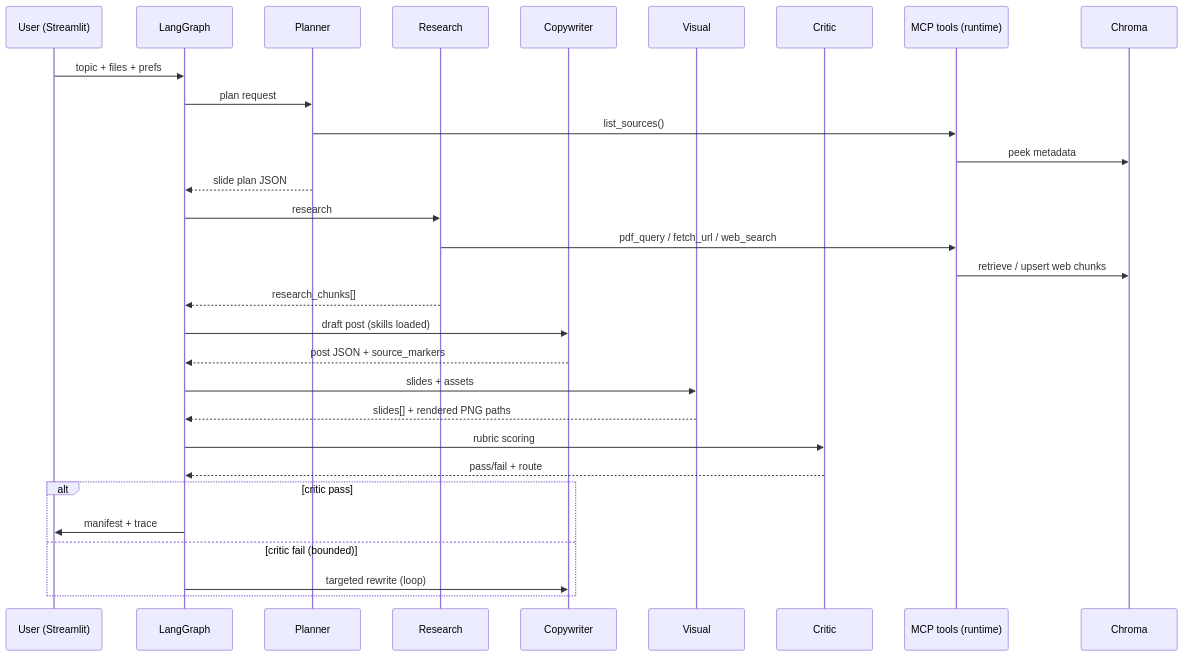
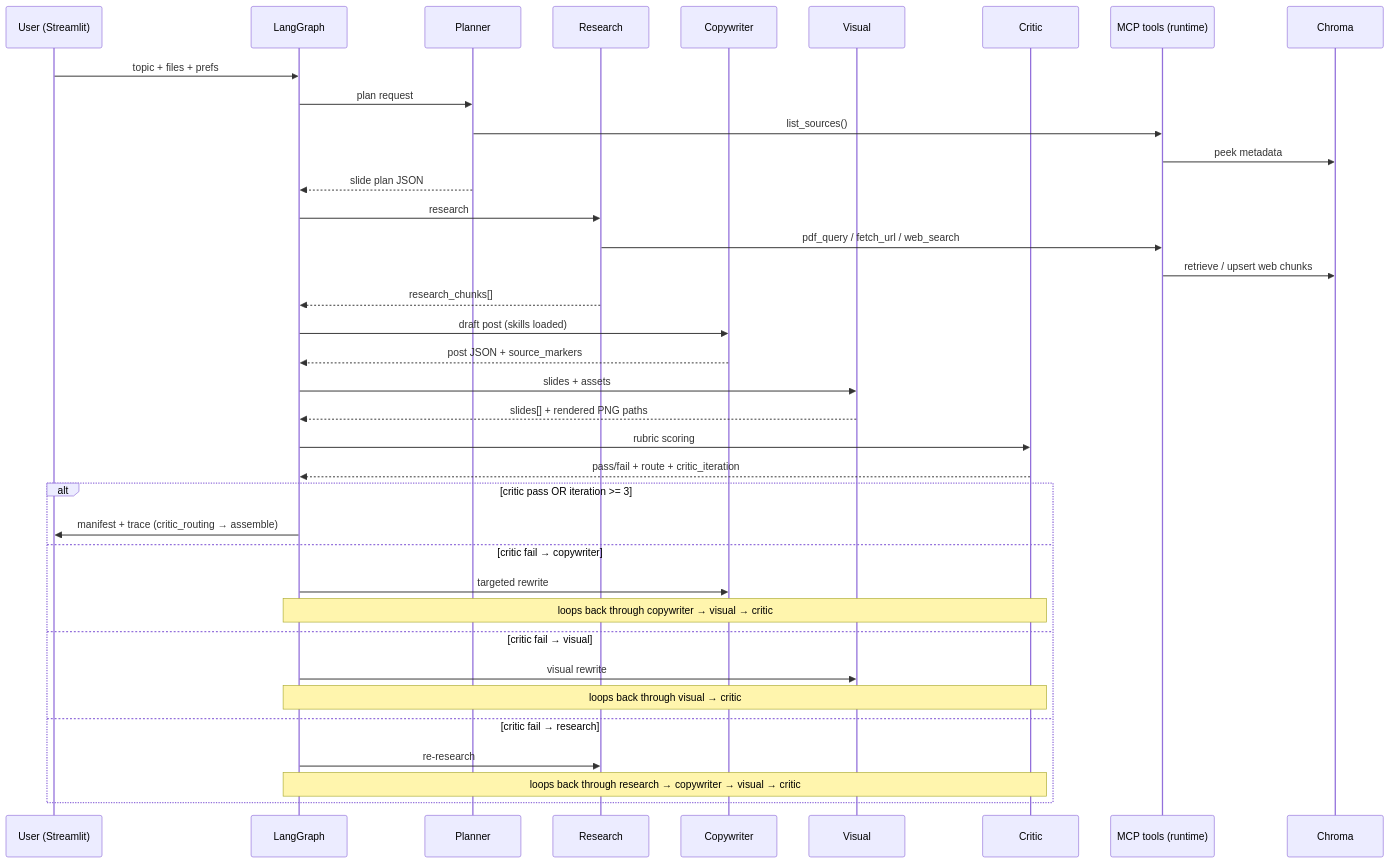
Before and after one commit to mukeshbarnwal/agentic_social_media_post_studio: the diagram in ARCHITECTURE.md, drawn with Mermaid. The commit also changed other lines of this file and 4 other files, not shown here.

First line of the commit message:
fix: action-topic handling, critic trace observability, and consistent pass/issues

````diff
--- a/ARCHITECTURE.md
+++ b/ARCHITECTURE.md
@@ -5,38 +5,45 @@
 ```mermaid
 sequenceDiagram
   participant U as User (Streamlit)
   participant G as LangGraph
   participant P as Planner
   participant R as Research
   participant C as Copywriter
   participant V as Visual
   participant Q as Critic
   participant M as MCP tools (runtime)
   participant DB as Chroma
 
   U->>G: topic + files + prefs
   G->>P: plan request
   P->>M: list_sources()
   M->>DB: peek metadata
   P-->>G: slide plan JSON
 
   G->>R: research
   R->>M: pdf_query / fetch_url / web_search
   M->>DB: retrieve / upsert web chunks
   R-->>G: research_chunks[]
 
   G->>C: draft post (skills loaded)
   C-->>G: post JSON + source_markers
 
   G->>V: slides + assets
   V-->>G: slides[] + rendered PNG paths
 
   G->>Q: rubric scoring
-  Q-->>G: pass/fail + route
+  Q-->>G: pass/fail + route + critic_iteration
 
-  alt critic pass
-    G->>U: manifest + trace
-  else critic fail (bounded)
-    G->>C: targeted rewrite (loop)
+  alt critic pass OR iteration >= 3
+    G->>U: manifest + trace (critic_routing → assemble)
+  else critic fail → copywriter
+    G->>C: targeted rewrite
+    Note over G,Q: loops back through copywriter → visual → critic
+  else critic fail → visual
+    G->>V: visual rewrite
+    Note over G,Q: loops back through visual → critic
+  else critic fail → research
+    G->>R: re-research
+    Note over G,Q: loops back through research → copywriter → visual → critic
   end
 ```
````
